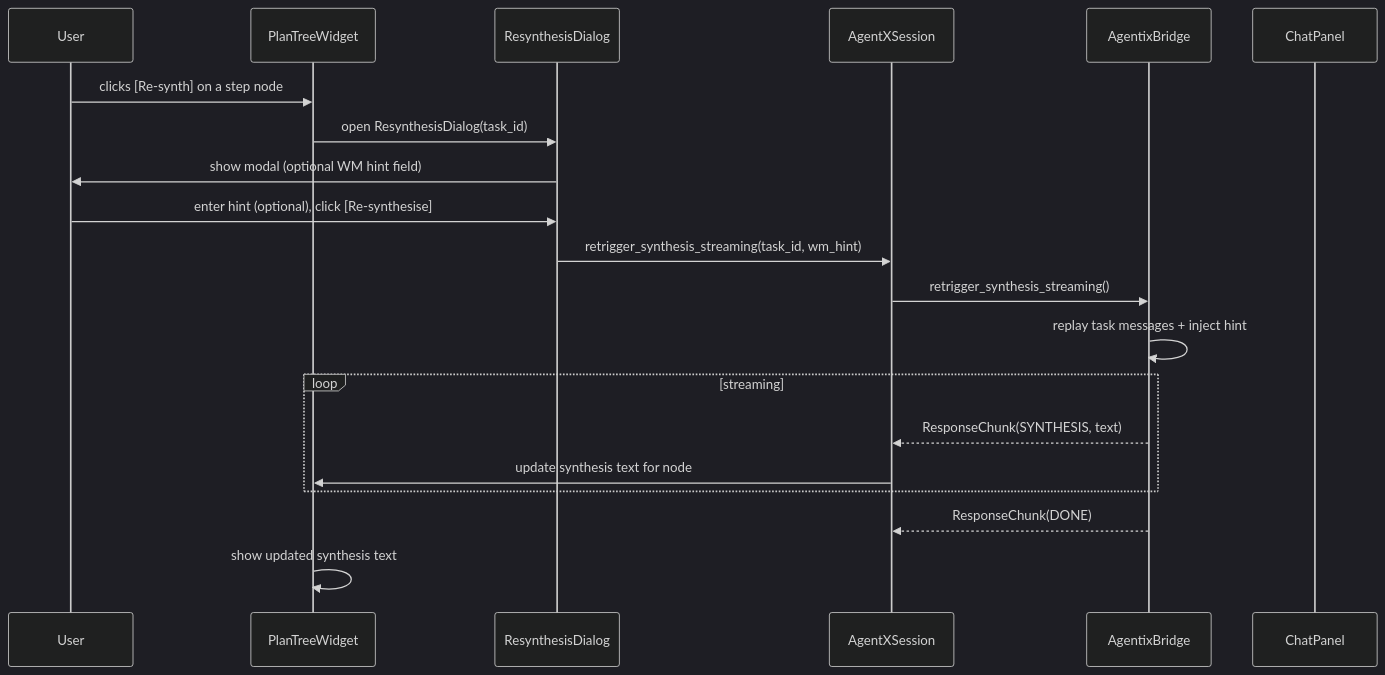
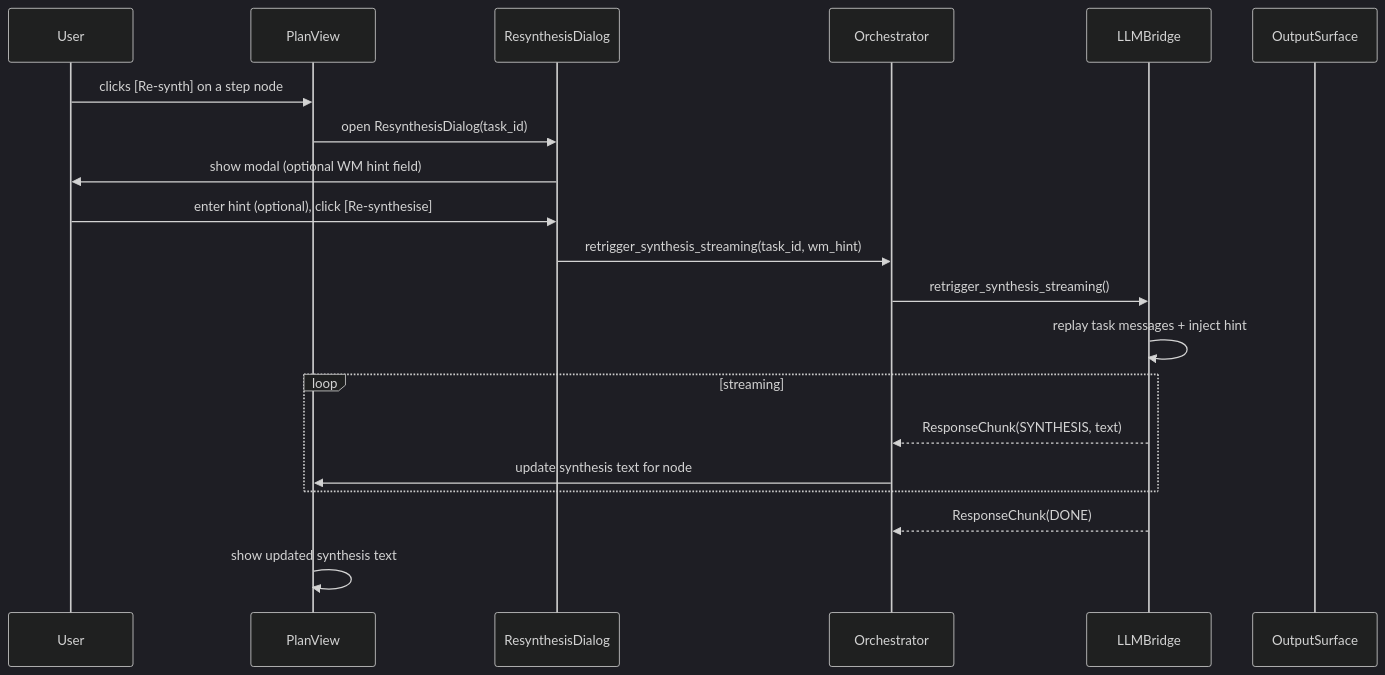
The fourth of 14 diagrams in docs/ux/02_USER_FLOWS.md (matthewapeters/agentX), drawn with Mermaid (dark theme) before and after one commit. The commit also changed other lines of this file and 336 other files, not shown here.

````diff
--- a/docs/ux/02_USER_FLOWS.md
+++ b/docs/ux/02_USER_FLOWS.md
@@ -139,23 +145,23 @@
 ```mermaid
 sequenceDiagram
     participant User
-    participant Tree as PlanTreeWidget
+    participant Tree as PlanView
     participant Dialog as ResynthesisDialog
-    participant Session as AgentXSession
-    participant Bridge as AgentixBridge
-    participant Chat as ChatPanel
+    participant Session as Orchestrator
+    participant Bridge as LLMBridge
+    participant Chat as OutputSurface
 
     User->>Tree: clicks [Re-synth] on a step node
     Tree->>Dialog: open ResynthesisDialog(task_id)
     Dialog->>User: show modal (optional WM hint field)
     User->>Dialog: enter hint (optional), click [Re-synthesise]
     Dialog->>Session: retrigger_synthesis_streaming(task_id, wm_hint)
     Session->>Bridge: retrigger_synthesis_streaming()
     Bridge->>Bridge: replay task messages + inject hint
     loop streaming
         Bridge-->>Session: ResponseChunk(SYNTHESIS, text)
         Session->>Tree: update synthesis text for node
     end
     Bridge-->>Session: ResponseChunk(DONE)
     Tree->>Tree: show updated synthesis text
 ```
````
